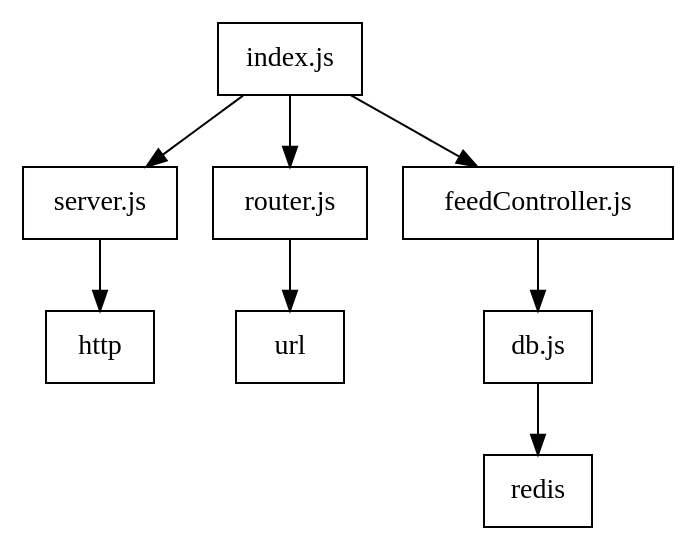
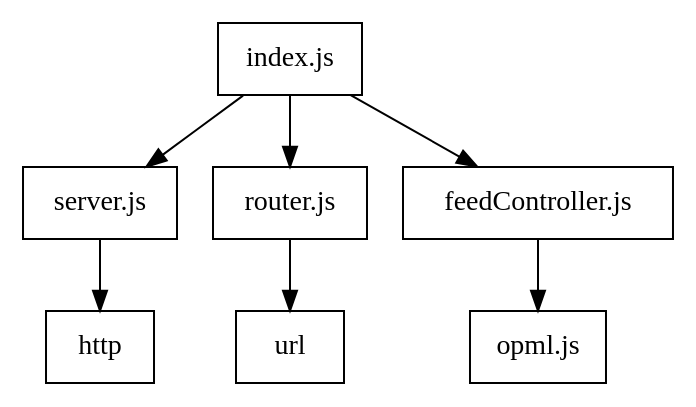
The diagram in docs/rsss.dot (sgoodwin/RSSS-Mark-3), drawn with Graphviz before and after one commit.

Commit message:
Updated dependency graph with the things I have actually decided on.

```diff
--- a/docs/rsss.dot
+++ b/docs/rsss.dot
@@ -1,12 +1,11 @@
 digraph G {
 	node [shape=box];	
 	"index.js" -> "server.js";
 	"index.js" -> "router.js";
 	"index.js" -> "feedController.js";
 	
-	"feedController.js" -> "db.js";
+	"feedController.js" -> "opml.js";
 	
 	"router.js" -> "url";
 	"server.js" -> "http";
-	"db.js" -> "redis";
 }
```
